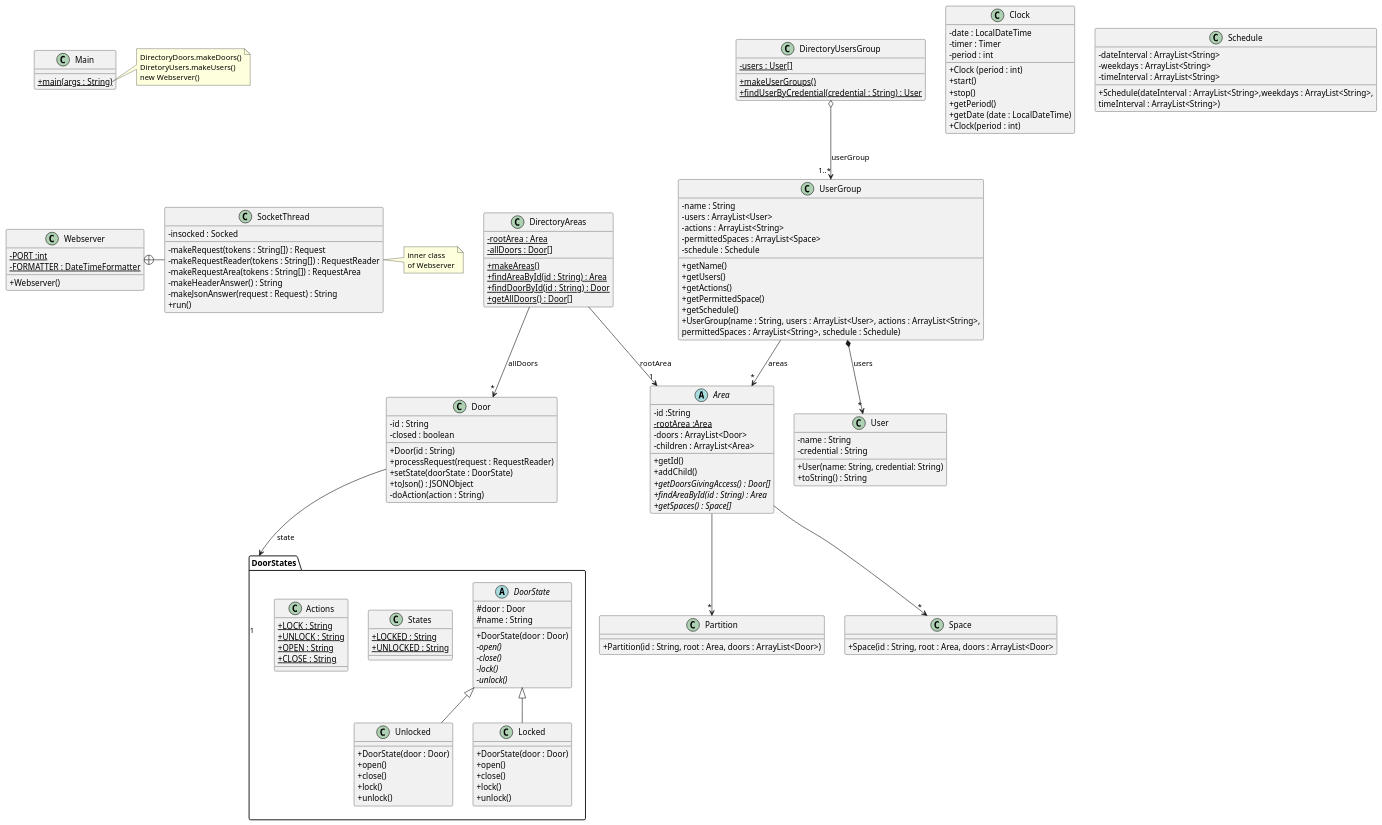
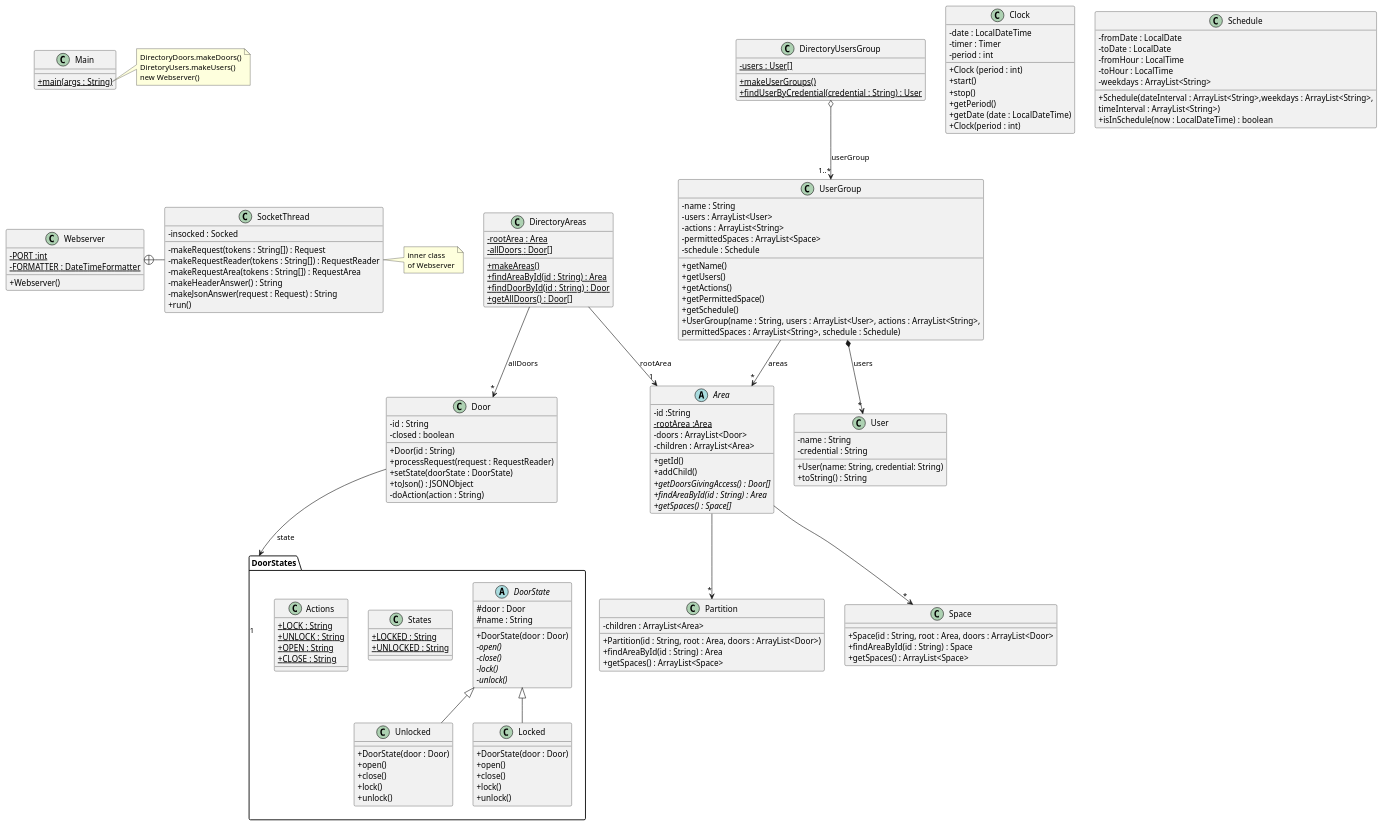
One commit to marcmejias/acs_students424 changed the diagram in src/baseNoStates/uml/base_no_states.puml. Above: the diagram before and after it, drawn with PlantUML. The commit also changed 4 other files, not shown here.

Commit message:
Updated UML, added TODOs in Area, Partition, RequestArea

```diff
--- a/src/baseNoStates/uml/base_no_states.puml
+++ b/src/baseNoStates/uml/base_no_states.puml
@@ -1,186 +1,194 @@
 @startuml
 'https://plantuml.com/class-diagram
 skinparam classAttributeIconSize 0
 
 class Webserver {
 - {static} PORT :int
 - {static} FORMATTER : DateTimeFormatter
 + Webserver()
 }
 
 class SocketThread {
 - insocked : Socked
 - makeRequest(tokens : String[]) : Request
 - makeRequestReader(tokens : String[]) : RequestReader
 - makeRequestArea(tokens : String[]) : RequestArea
 - makeHeaderAnswer() : String
 - makeJsonAnswer(request : Request) : String
 + run()
 }
 
 Webserver +-right- SocketThread
 
 note right of SocketThread
 inner class
 of Webserver
 end note
 
 class DirectoryAreas {
 - {static} rootArea : Area
 - {static} allDoors : Door[]
 + {static} makeAreas()
 + {static} findAreaById(id : String) : Area
 + {static} findDoorById(id : String) : Door
 + {static} getAllDoors() : Door[]
 }
 
 DirectoryAreas --> "*" Door : "allDoors"
 DirectoryAreas --> "1" Area : "rootArea"
 
 class DirectoryUsersGroup {
 - {static} users : User[]
 + {static} makeUserGroups()
 + {static} findUserByCredential(credential : String) : User
 }
 
 Door --> "1" DoorStates : "state"
 DirectoryUsersGroup o--> "1..*" UserGroup : "userGroup"
 UserGroup --> "*" Area : "areas"
 UserGroup *--> "*" User : "users"
 
 class Door {
 - id : String
 - closed : boolean
 + Door(id : String)
 + processRequest(request : RequestReader)
 + setState(doorState : DoorState)
 + toJson() : JSONObject
 '+ toString() : String
 '+ isClosed() :boolean
 '+ setClosed(b : boolean)
 '+ getStateName() : String
 - doAction(action : String)
 }
 
 package DoorStates{
 abstract DoorState{
 #door : Door
 #name : String
 + DoorState(door : Door)
 - {abstract} open()
 - {abstract} close()
 - {abstract} lock()
 - {abstract} unlock()
 }
 
 DoorState <|-- Unlocked
 DoorState <|-- Locked
 
 class Unlocked {
 + DoorState(door : Door)
 + open()
 + close()
 + lock()
 + unlock()
 }
 
 class Locked {
 + DoorState(door : Door)
 + open()
 + close()
 + lock()
 + unlock()
 }
 class States{
 {static}+LOCKED : String
 {static}+UNLOCKED : String
 }
 
 class Actions{
 {static}+LOCK : String
 {static}+UNLOCK : String
 {static}+OPEN : String
 {static}+CLOSE : String
 }
 
 }
 class User {
 - name : String
 - credential : String
 + User(name: String, credential: String)
 + toString() : String
 }
 
 
 
 abstract Area{
 -id :String
 -{static}rootArea :Area
 -doors : ArrayList<Door>
 -children : ArrayList<Area>
 +getId()
 +addChild()
 +{abstract}getDoorsGivingAccess() : Door[]
 +{abstract}findAreaById(id : String) : Area
 +{abstract}getSpaces() : Space[]
 }
 
 class Clock{
 -date : LocalDateTime
 -timer : Timer
 -period : int
 +Clock (period : int)
 +start()
 +stop()
 +getPeriod()
 +getDate (date : LocalDateTime)
 +Clock(period : int)
 }
 
 Area --> "*" Partition
 Area --> "*" Space
 class Partition{
+-children : ArrayList<Area>
 +Partition(id : String, root : Area, doors : ArrayList<Door>)
++findAreaById(id : String) : Area
++getSpaces() : ArrayList<Space>
 }
 
 class Space{
 +Space(id : String, root : Area, doors : ArrayList<Door>
++findAreaById(id : String) : Space
++getSpaces() : ArrayList<Space>
 }
 class Schedule{
--dateInterval : ArrayList<String>
+-fromDate : LocalDate
+-toDate : LocalDate
+-fromHour : LocalTime
+-toHour : LocalTime
 -weekdays : ArrayList<String>
--timeInterval : ArrayList<String>
 +Schedule(dateInterval : ArrayList<String>,weekdays : ArrayList<String>,
 timeInterval : ArrayList<String>)
++isInSchedule(now : LocalDateTime) : boolean
 }
 
 
 
 class UserGroup{
 -name : String
 -users : ArrayList<User>
 -actions : ArrayList<String>
 -permittedSpaces : ArrayList<Space>
 -schedule : Schedule
 +getName()
 +getUsers()
 +getActions()
 +getPermittedSpace()
 +getSchedule()
 +UserGroup(name : String, users : ArrayList<User>, actions : ArrayList<String>,
 permittedSpaces : ArrayList<String>, schedule : Schedule)
 }
 
 class Main {
 + {static} main(args : String)
 }
 
 note right of Main::main
 DirectoryDoors.makeDoors()
 DiretoryUsers.makeUsers()
 new Webserver()
 end note
 
 Main -[hidden]down- Webserver
 
 @enduml
```
